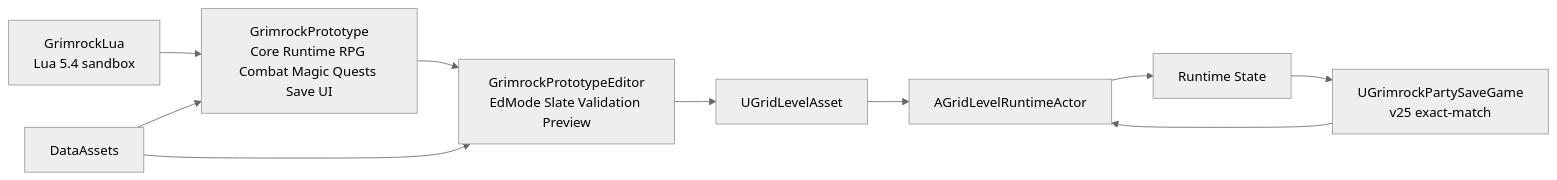
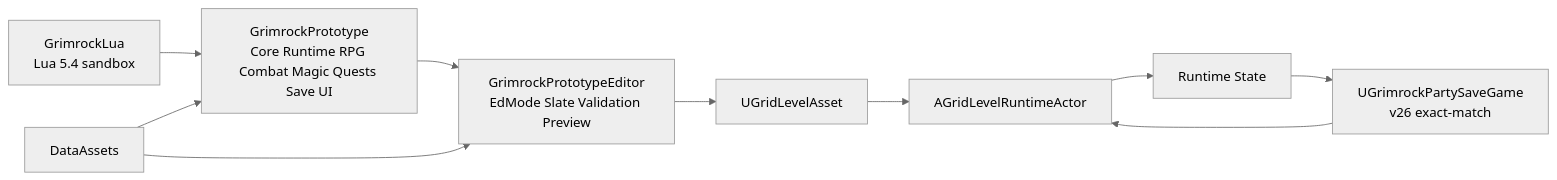
Before and after one commit to PhilippeMartin1964/GrimrockPrototype: the first of 18 diagrams in docs/Architecture/Maps/GRIMROCK_PROJECT_MAP_MERMAID.md, drawn with Mermaid (neutral theme). The commit also changed 13 other files, not shown here.

Commit message:
MON21.4.2 add quest save snapshot schema

````diff
--- a/docs/Architecture/Maps/GRIMROCK_PROJECT_MAP_MERMAID.md
+++ b/docs/Architecture/Maps/GRIMROCK_PROJECT_MAP_MERMAID.md
@@ -10,12 +10,12 @@
 ```mermaid
 flowchart LR
     LUA[GrimrockLua\nLua 5.4 sandbox] --> RT[GrimrockPrototype\nCore Runtime RPG Combat Magic Quests Save UI]
     RT --> ED[GrimrockPrototypeEditor\nEdMode Slate Validation Preview]
     DA[DataAssets] --> RT
     DA --> ED
     ED --> LVL[UGridLevelAsset]
     LVL --> RTA[AGridLevelRuntimeActor]
     RTA --> STATE[Runtime State]
-    STATE --> SAVE[UGrimrockPartySaveGame\nv25 exact-match]
+    STATE --> SAVE[UGrimrockPartySaveGame\nv26 exact-match]
     SAVE --> RTA
 ```
````
